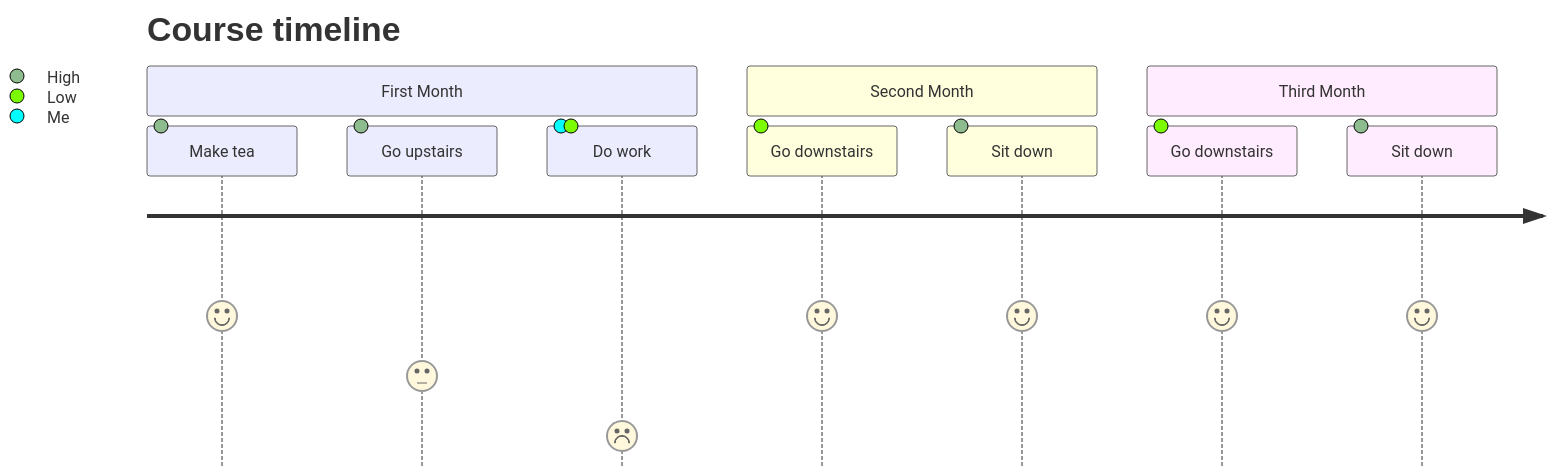
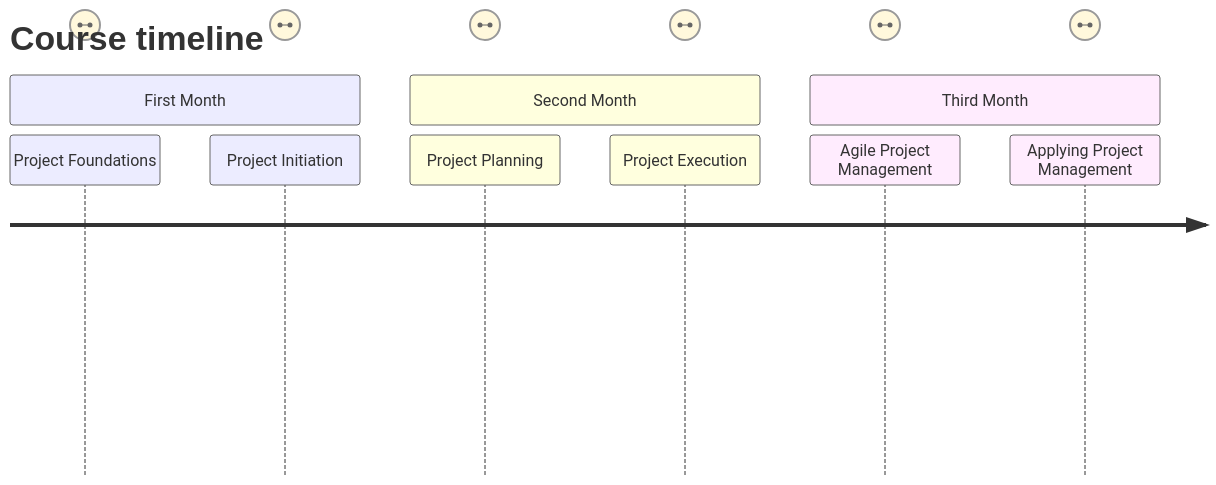
The diagram in _posts/2022-03-19-project-management-career-path.md (PatrickKyei/exception), drawn with Mermaid before and after one commit.

Commit message:
update timeline

````diff
--- a/_posts/2022-03-19-project-management-career-path.md
+++ b/_posts/2022-03-19-project-management-career-path.md
@@ -33,14 +33,14 @@
 ```mermaid
 journey
     title Course timeline
     section First Month
-      Make tea: 5: High
-      Go upstairs: 3: High
-      Do work: 1: Me, Low
+      Project Foundations: December 10
+      Project Initiation: January 25 
     section Second Month
-      Go downstairs: 5: Low
-      Sit down: 5: High
+      Project Planning: February 22
+      Project Execution: February 25
     section Third Month
-      Go downstairs: 5: Low
-      Sit down: 5: High          
+      Agile Project Management: February 27
+      Applying Project Management: March 9
+               
 ```
````
